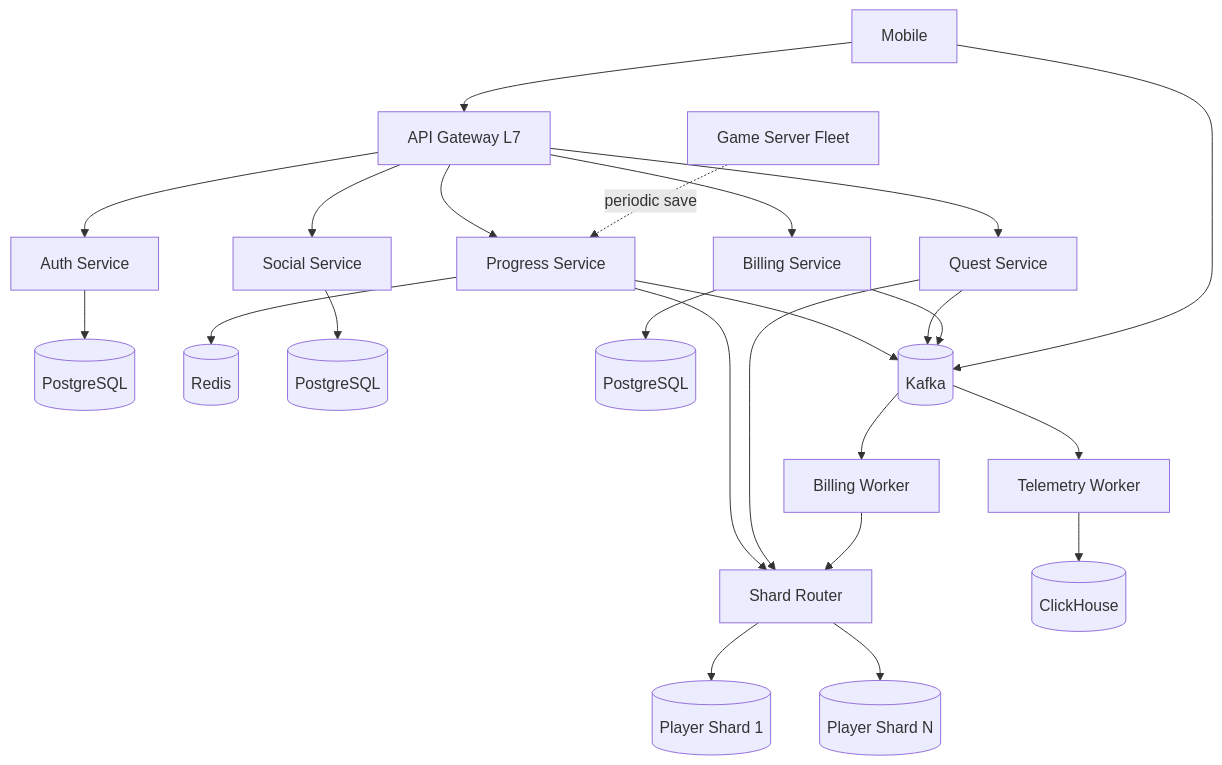
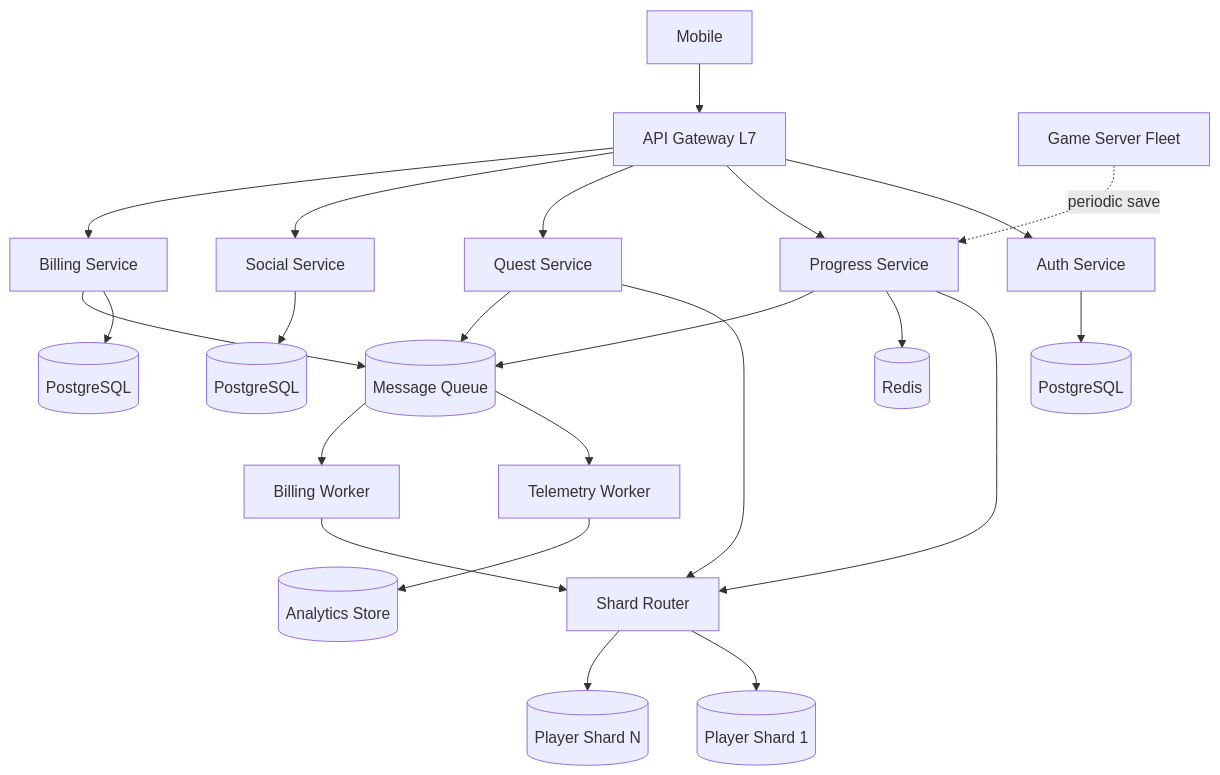
The first of 2 diagrams in examples/open-world-mobile-game.md (Mr-Radion/system-design-interview), drawn with Mermaid before and after one commit. The commit also changed other lines of this file and 11 other files, not shown here.

````diff
--- a/examples/open-world-mobile-game.md
+++ b/examples/open-world-mobile-game.md
@@ -138,31 +138,30 @@
 ```mermaid
 flowchart TB
     Mobile --> GW["API Gateway L7"]
     GW --> Auth[Auth Service]
     GW --> Progress[Progress Service]
     GW --> Quest[Quest Service]
     GW --> Social[Social Service]
     GW --> Billing[Billing Service]
 
     Auth --> PG_Auth[("PostgreSQL")]
     Progress --> ShardRouter["Shard Router"]
     ShardRouter --> PG_P1[("Player Shard 1")]
     ShardRouter --> PG_Pn[("Player Shard N")]
     Progress --> Redis[("Redis")]
 
     Quest --> ShardRouter
     Social --> PG_Social[("PostgreSQL")]
     Billing --> PG_Bill[("PostgreSQL")]
 
-    Progress --> Kafka[("Kafka")]
-    Quest --> Kafka
-    Billing --> Kafka
-  Mobile --> Kafka
+    Progress --> MQ[("Message Queue")]
+    Quest --> MQ
+    Billing --> MQ
 
-    Kafka --> TelemetryWorker[Telemetry Worker]
-    Kafka --> BillingWorker[Billing Worker]
-    TelemetryWorker --> CH[("ClickHouse")]
+    MQ --> TelemetryWorker[Telemetry Worker]
+    MQ --> BillingWorker[Billing Worker]
+    TelemetryWorker --> Analytics[("Analytics Store")]
     BillingWorker --> ShardRouter
 
     GameServer["Game Server Fleet"] -.->|"periodic save"| Progress
 ```
````
